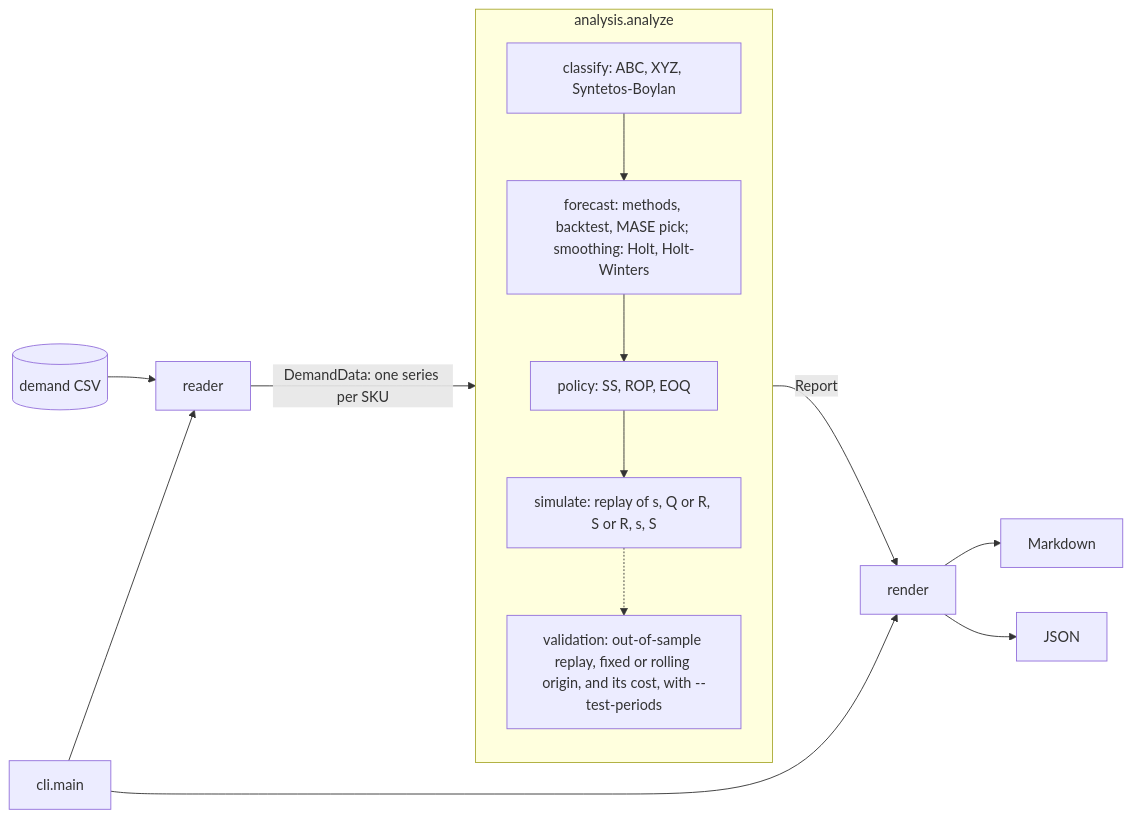
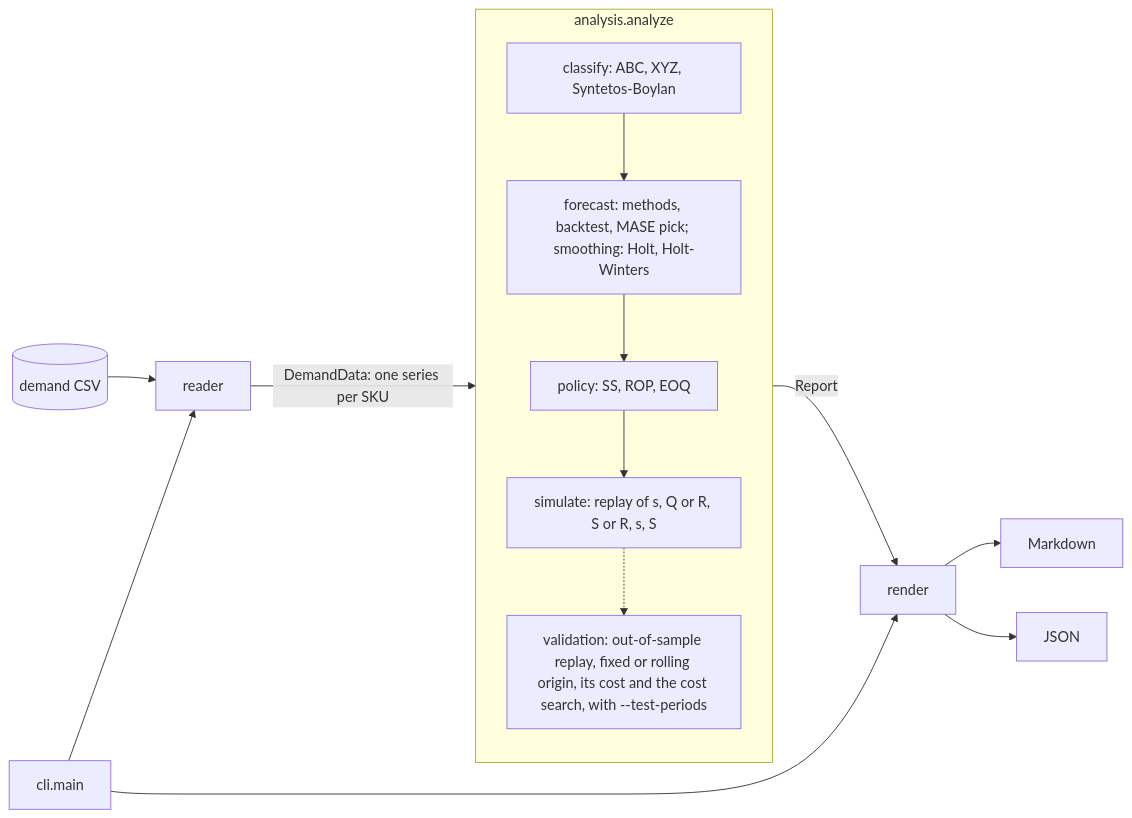
Before and after one commit to rodrix91/inventory-policy-lab: the diagram in README.md, drawn with Mermaid. The commit also changed other lines of this file and 9 other files, not shown here.

First line of the commit message:
Search the safety stock and order quantity for cost on training paths

````diff
--- a/README.md
+++ b/README.md
@@ -627,19 +661,19 @@
 ```mermaid
 flowchart LR
     CSV[(demand CSV)] --> reader
     reader -->|DemandData: one series per SKU| analysis
     subgraph analysis [analysis.analyze]
         classify[classify: ABC, XYZ, Syntetos-Boylan]
         forecast[forecast: methods, backtest, MASE pick; smoothing: Holt, Holt-Winters]
         policy[policy: SS, ROP, EOQ]
         simulate[simulate: replay of s, Q or R, S or R, s, S]
-        validation[validation: out-of-sample replay, fixed or rolling origin, and its cost, with --test-periods]
+        validation[validation: out-of-sample replay, fixed or rolling origin, its cost and the cost search, with --test-periods]
         classify --> forecast --> policy --> simulate
         simulate -.-> validation
     end
     analysis -->|Report| render
     render --> MD[Markdown]
     render --> JSON[JSON]
     cli[cli.main] --> reader
     cli --> render
 ```
````
